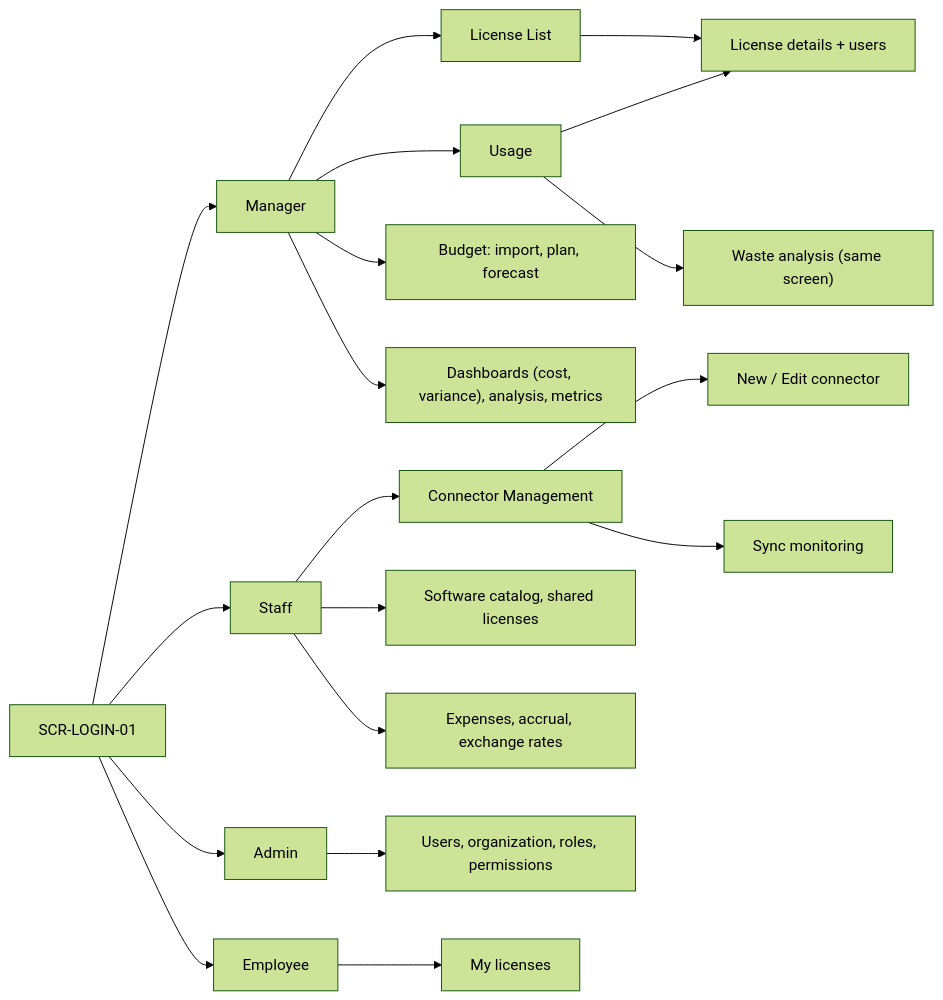
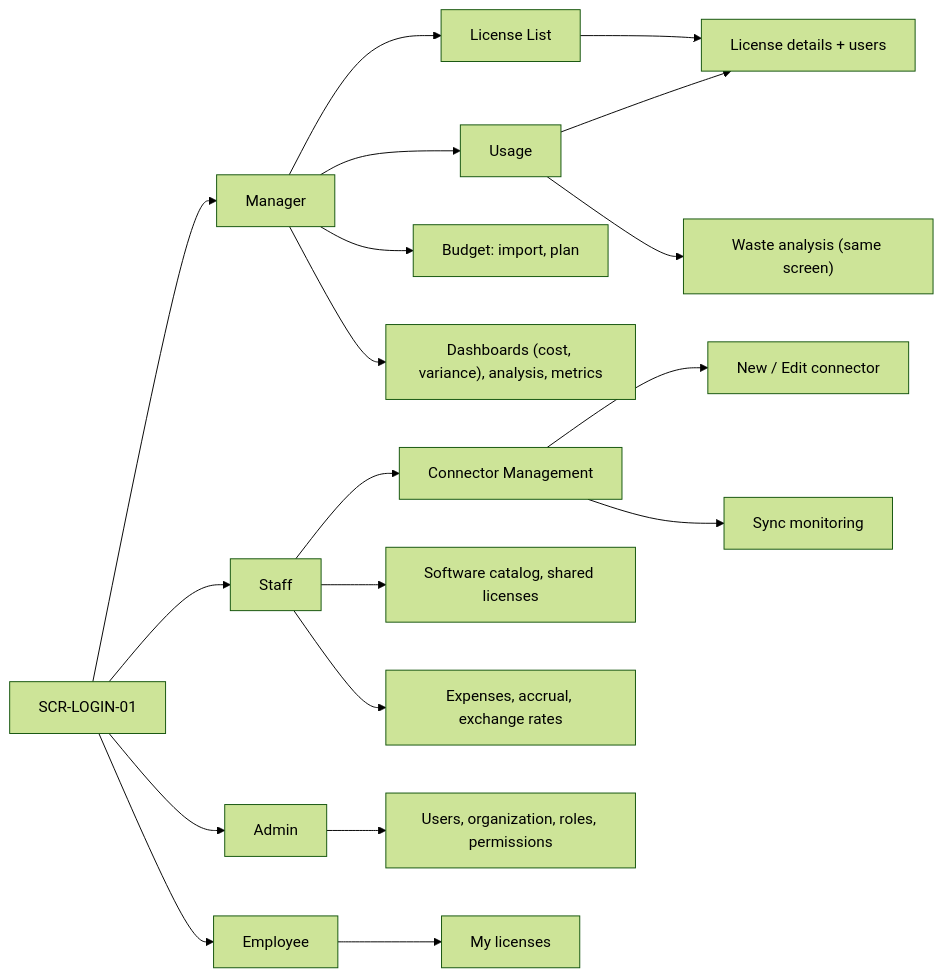
One commit to cuonglpv/VFast changed the diagram in docs/04-information-architecture-manager.md. Above: the diagram before and after it, drawn with Mermaid (forest theme). The commit also changed other lines of this file and 19 other files, not shown here.

First line of the commit message:
docs: merge use cases into 12 large flows and drop the forecast

````diff
--- a/docs/04-information-architecture-manager.md
+++ b/docs/04-information-architecture-manager.md
@@ -66,18 +65,18 @@
 ```mermaid
 flowchart LR
     Login["SCR-LOGIN-01"] --> M["Manager"]
     Login --> S["Staff"]
     Login --> A["Admin"]
     Login --> E["Employee"]
     M --> LL["License List"] --> LD["License details + users"]
     M --> US["Usage"] --> LD
     US --> WA["Waste analysis (same screen)"]
-    M --> BU["Budget: import, plan, forecast"]
+    M --> BU["Budget: import, plan"]
     M --> AN["Dashboards (cost, variance), analysis, metrics"]
     S --> CM["Connector Management"] --> CF["New / Edit connector"]
     CM --> SY["Sync monitoring"]
     S --> CA["Software catalog, shared licenses"]
     S --> FI["Expenses, accrual, exchange rates"]
     A --> AD["Users, organization, roles, permissions"]
     E --> MY["My licenses"]
 ```
````
